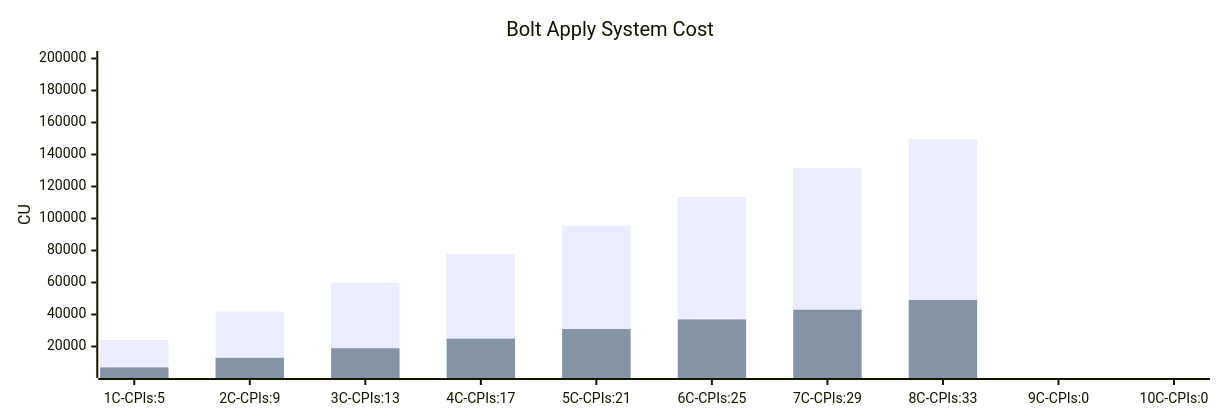
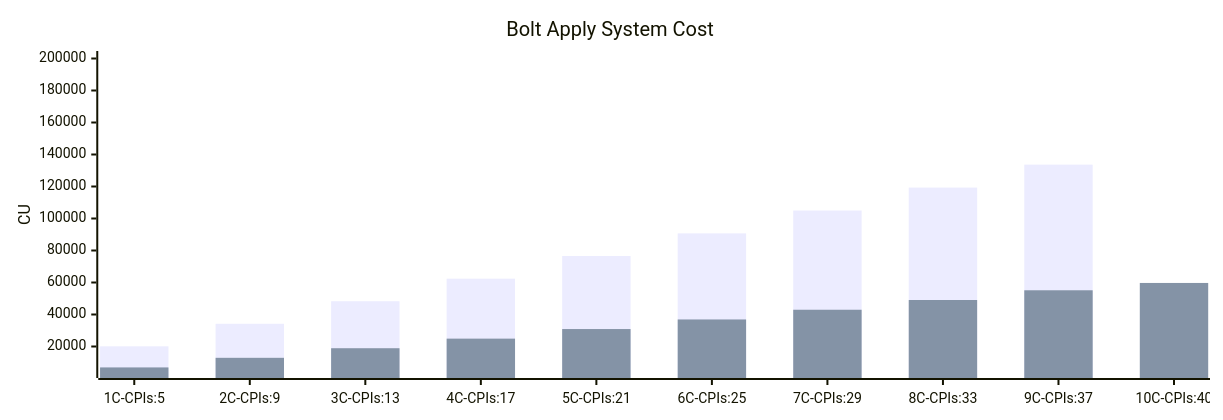
The diagram in docs/REPORT.md (magicblock-labs/bolt), drawn with Mermaid before and after one commit. The commit also changed 1 other file, not shown here.

Commit message:
:recycle: Getting rid of Anchor's CPI

````diff
--- a/docs/REPORT.md
+++ b/docs/REPORT.md
@@ -1,9 +1,9 @@
 ```mermaid
 %%{init: {"xyChart": {"width": 1200, "height": 400, "xAxis": {}}}}%%
 xychart
     title "Bolt Apply System Cost"
-    x-axis ["1C-CPIs:5","2C-CPIs:9","3C-CPIs:13","4C-CPIs:17","5C-CPIs:21","6C-CPIs:25","7C-CPIs:29","8C-CPIs:33","9C-CPIs:0","10C-CPIs:0"]
+    x-axis ["1C-CPIs:5","2C-CPIs:9","3C-CPIs:13","4C-CPIs:17","5C-CPIs:21","6C-CPIs:25","7C-CPIs:29","8C-CPIs:33","9C-CPIs:37","10C-CPIs:40"]
     y-axis "CU" 5000 --> 200000
-    bar [24092,41860,59800,77799,95615,113456,131593,149581,0,0]
-    bar [6920,12931,18925,24915,30909,36900,42977,49059,0,0]
+    bar [20119,34196,48290,62402,76546,90715,104998,119314,133655,0]
+    bar [6919,12930,18924,24914,30908,36899,42976,49058,55137,59718]
 ```
````
